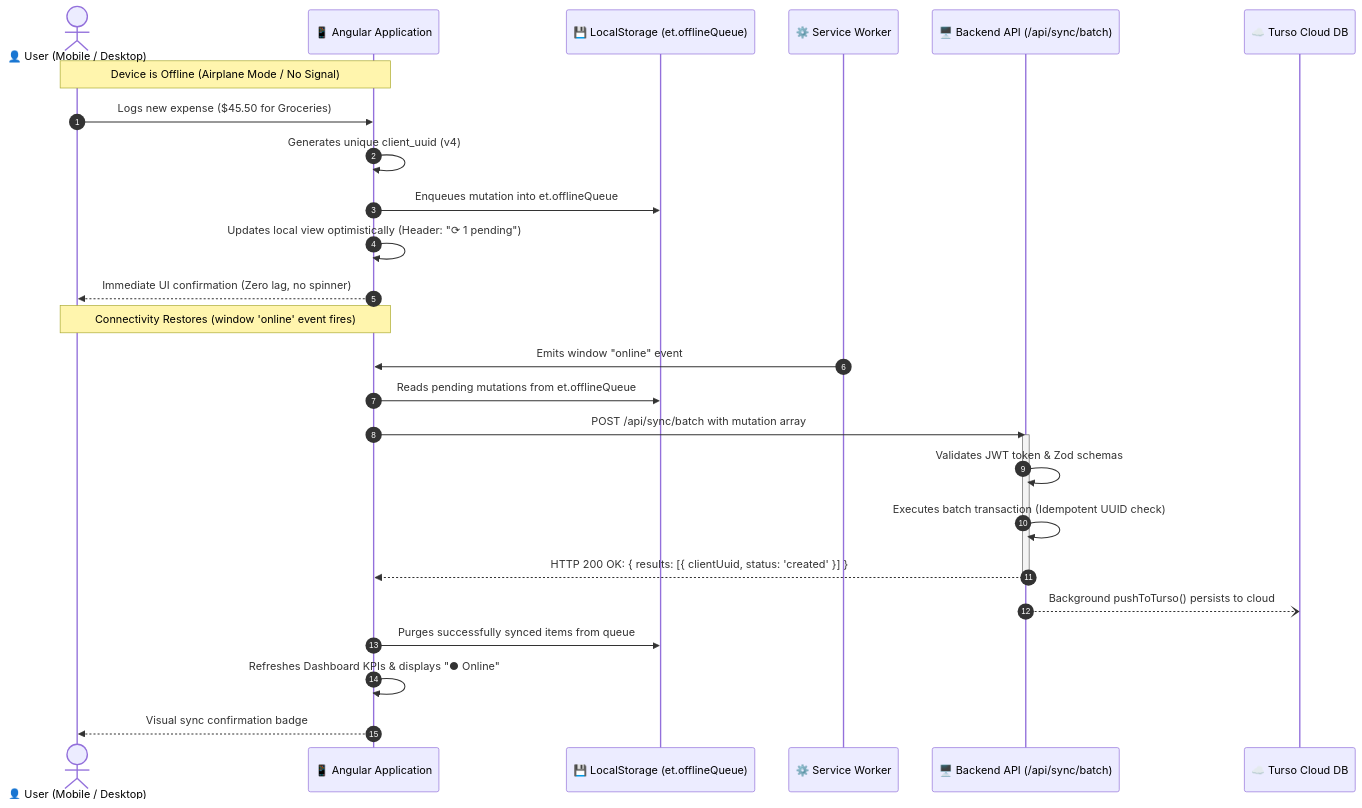
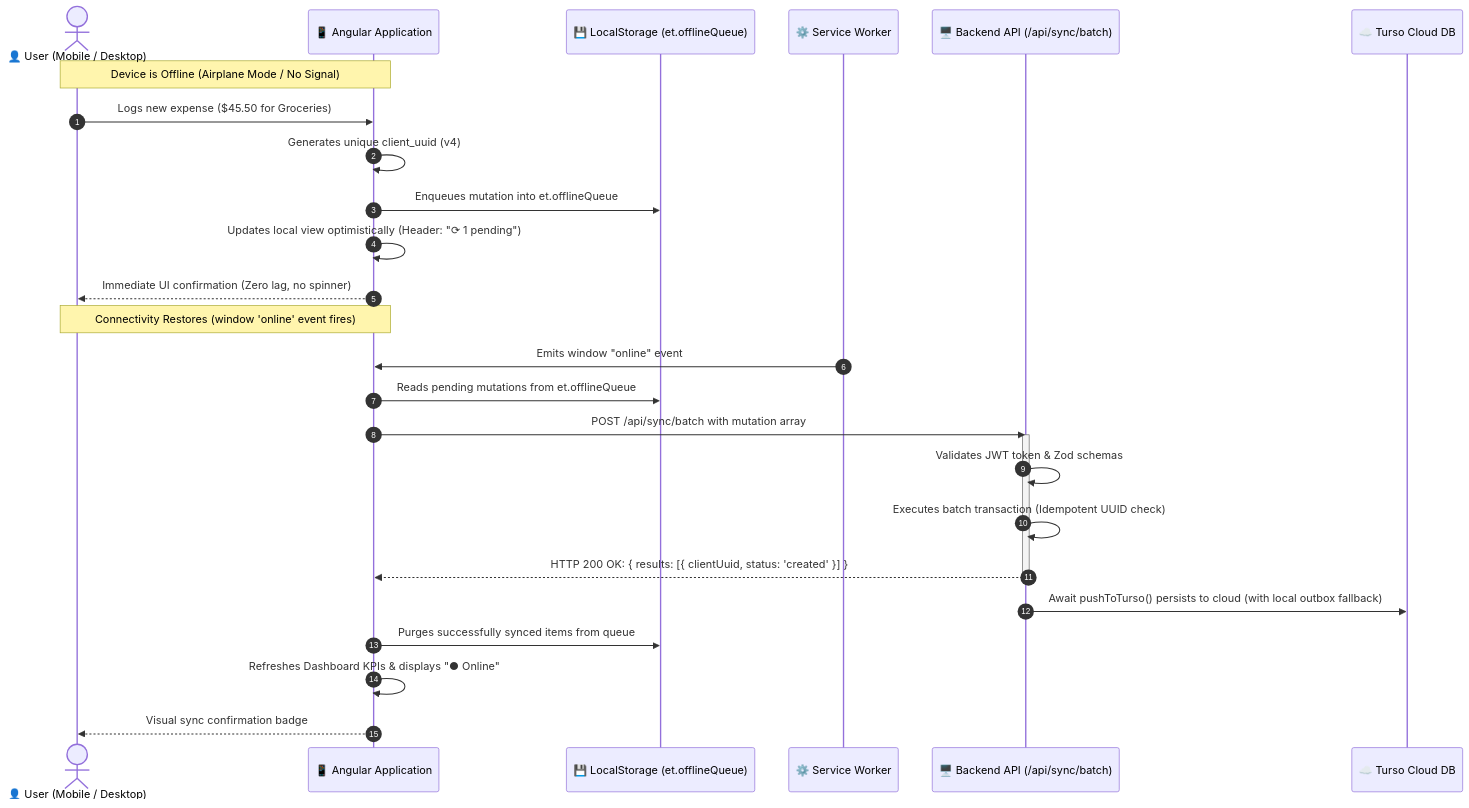
The second of 2 diagrams in README.md (ravidaliparthy/Expense-Tracker), drawn with Mermaid before and after one commit. The commit also changed other lines of this file and 8 other files, not shown here.

````diff
--- a/README.md
+++ b/README.md
@@ -208,32 +208,32 @@
 ```mermaid
 sequenceDiagram
     autonumber
     actor User as 👤 User (Mobile / Desktop)
     participant UI as 📱 Angular Application
     participant LS as 💾 LocalStorage (et.offlineQueue)
     participant SW as ⚙️ Service Worker
     participant API as 🖥️ Backend API (/api/sync/batch)
     participant TURSO as ☁️ Turso Cloud DB
 
     Note over User, UI: Device is Offline (Airplane Mode / No Signal)
     User->>UI: Logs new expense ($45.50 for Groceries)
     UI->>UI: Generates unique client_uuid (v4)
     UI->>LS: Enqueues mutation into et.offlineQueue
     UI->>UI: Updates local view optimistically (Header: "⟳ 1 pending")
     UI-->>User: Immediate UI confirmation (Zero lag, no spinner)
 
     Note over User, UI: Connectivity Restores (window 'online' event fires)
     SW->>UI: Emits window "online" event
     UI->>LS: Reads pending mutations from et.offlineQueue
     UI->>API: POST /api/sync/batch with mutation array
     activate API
     API->>API: Validates JWT token & Zod schemas
     API->>API: Executes batch transaction (Idempotent UUID check)
     API-->>UI: HTTP 200 OK: { results: [{ clientUuid, status: 'created' }] }
     deactivate API
 
-    API--)TURSO: Background pushToTurso() persists to cloud
+    API->>TURSO: Await pushToTurso() persists to cloud (with local outbox fallback)
     UI->>LS: Purges successfully synced items from queue
     UI->>UI: Refreshes Dashboard KPIs & displays "● Online"
     UI-->>User: Visual sync confirmation badge
 ```
````
